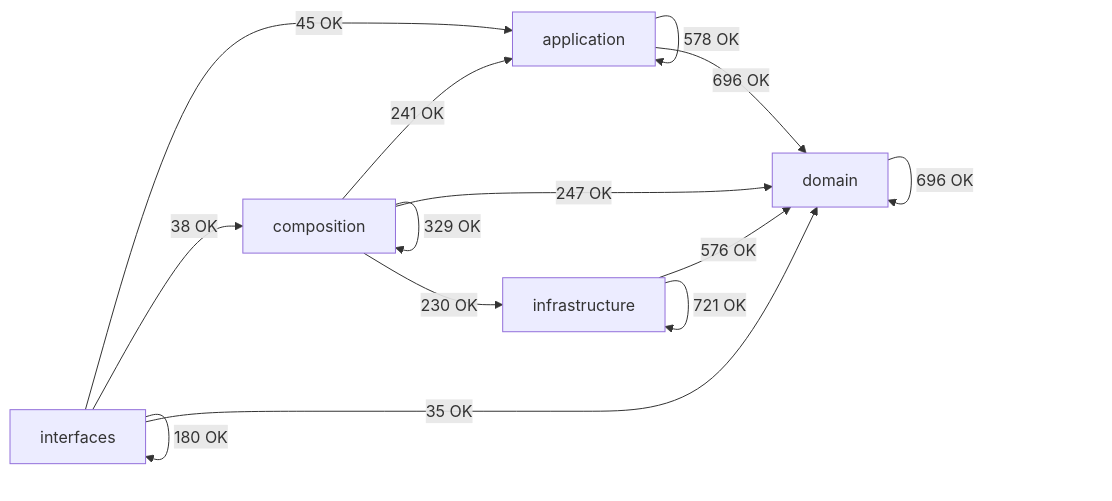
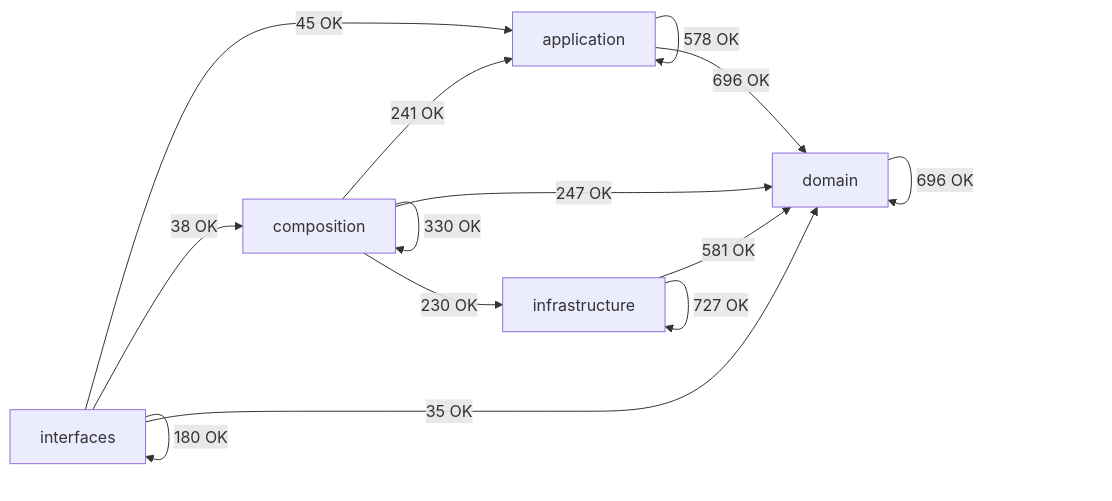
Before and after one commit to SatoryKono/BioactivityDataAcquisition: the diagram in docs/02-architecture/generated/module-dependency-map.md, drawn with Mermaid. The commit also changed other lines of this file and 57 other files, not shown here.

First line of the commit message:
Extract title-fallback flow; update plans/docs

````diff
--- a/docs/02-architecture/generated/module-dependency-map.md
+++ b/docs/02-architecture/generated/module-dependency-map.md
@@ -16,21 +16,21 @@
 ```mermaid
 flowchart LR
     domain[domain]
     application[application]
     infrastructure[infrastructure]
     composition[composition]
     interfaces[interfaces]
     application -->|578 OK| application
     application -->|696 OK| domain
     composition -->|241 OK| application
-    composition -->|329 OK| composition
+    composition -->|330 OK| composition
     composition -->|247 OK| domain
     composition -->|230 OK| infrastructure
     domain -->|696 OK| domain
-    infrastructure -->|576 OK| domain
-    infrastructure -->|721 OK| infrastructure
+    infrastructure -->|581 OK| domain
+    infrastructure -->|727 OK| infrastructure
     interfaces -->|45 OK| application
     interfaces -->|38 OK| composition
     interfaces -->|35 OK| domain
     interfaces -->|180 OK| interfaces
 ```
````
